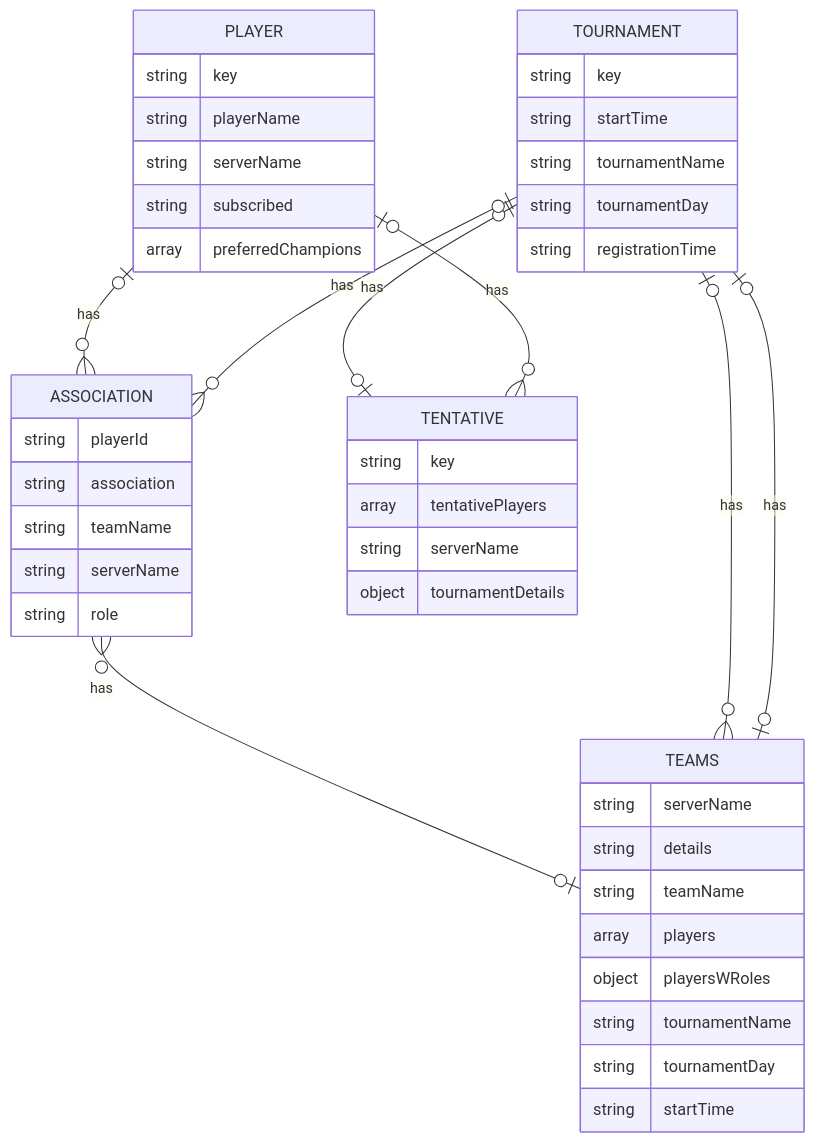
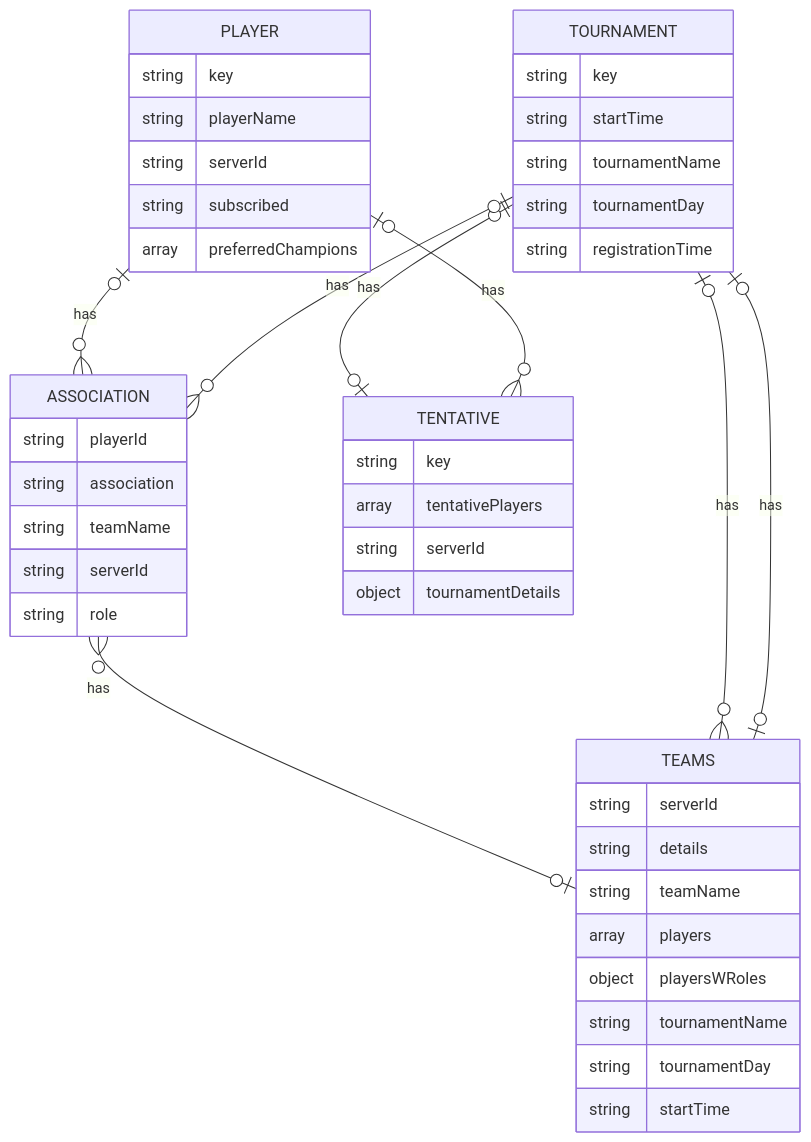
The diagram in ClashBot-Service-OpenAPI/README.md (Poss111/Clash-Bot-WebApp), drawn with Mermaid before and after one commit. The commit also changed 31 other files, not shown here.

Commit message:
- Swapping to use SeverId instead of ServerName

````diff
--- a/ClashBot-Service-OpenAPI/README.md
+++ b/ClashBot-Service-OpenAPI/README.md
@@ -6,47 +6,47 @@
 ```mermaid
 erDiagram
     PLAYER {
         string key
         string playerName
-        string serverName
+        string serverId
         string subscribed
         array preferredChampions
     }
     ASSOCIATION {
         string playerId
         string association
         string teamName
-        string serverName
+        string serverId
         string role
     }
     TEAMS {
-        string serverName
+        string serverId
         string details
         string teamName
         array players
         object playersWRoles
         string tournamentName
         string tournamentDay
         string startTime
     }
     TOURNAMENT {
         string key
         string startTime
         string tournamentName
         string tournamentDay
         string registrationTime
     }
     TENTATIVE {
         string key
         array tentativePlayers
-        string serverName
+        string serverId
         object tournamentDetails
     }
     PLAYER |o--o{ ASSOCIATION: has
     ASSOCIATION }o--o| TEAMS: has
     TOURNAMENT |o--o{ TEAMS: has
     TOURNAMENT |o--o| TENTATIVE: has
     PLAYER |o--o{ TENTATIVE: has
     TOURNAMENT |o--o| TEAMS: has
     TOURNAMENT |o--o{ ASSOCIATION: has
 ```
````
